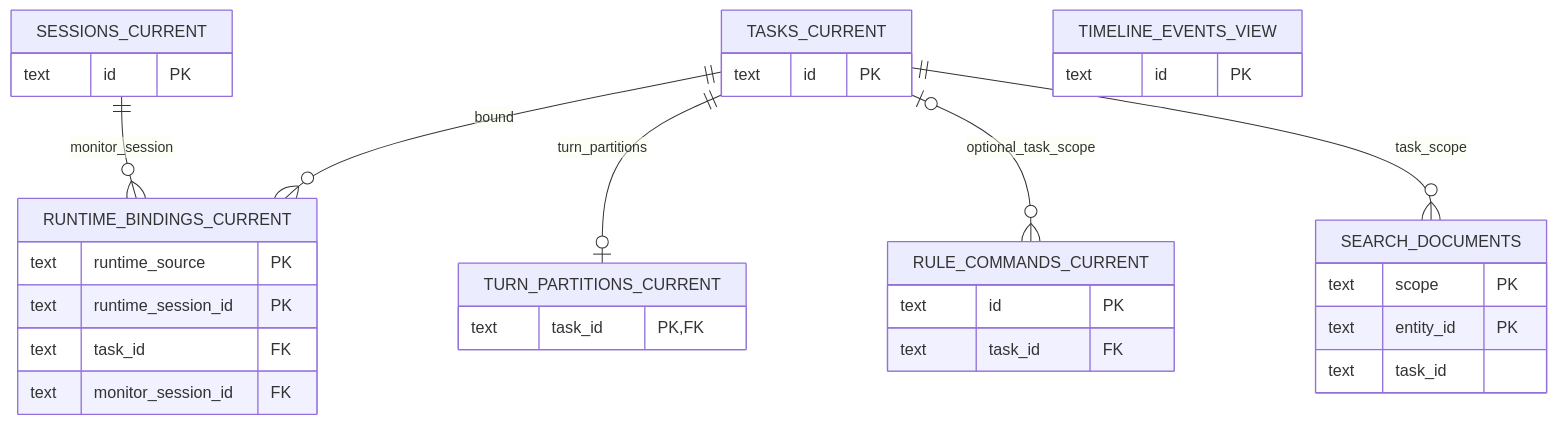
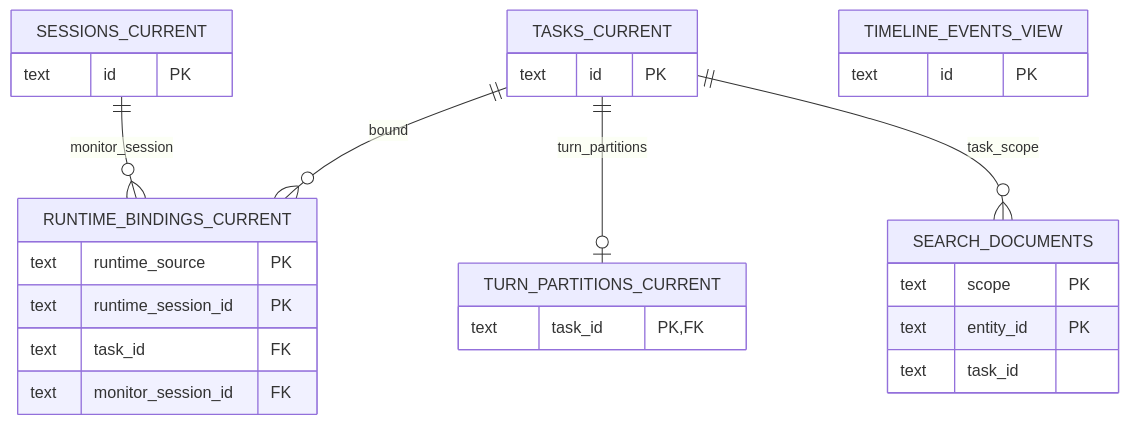
Before and after one commit to belljun3395/agent-tracer: the third of 4 diagrams in docs/guide/sqlite-schema.md, drawn with Mermaid. The commit also changed other lines of this file, not shown here.

Commit message:
feat: expand SQLite schema to include verification rules, turns, verdicts, and rule enforcements

````diff
--- a/docs/guide/sqlite-schema.md
+++ b/docs/guide/sqlite-schema.md
@@ -188,42 +177,36 @@
 ```mermaid
 erDiagram
   TASKS_CURRENT {
     text id PK
   }
 
   SESSIONS_CURRENT {
     text id PK
   }
 
   TIMELINE_EVENTS_VIEW {
     text id PK
   }
 
   RUNTIME_BINDINGS_CURRENT {
     text runtime_source PK
     text runtime_session_id PK
     text task_id FK
     text monitor_session_id FK
   }
 
   TURN_PARTITIONS_CURRENT {
     text task_id PK,FK
   }
 
-  RULE_COMMANDS_CURRENT {
-    text id PK
-    text task_id FK
-  }
-
   SEARCH_DOCUMENTS {
     text scope PK
     text entity_id PK
     text task_id
   }
 
   TASKS_CURRENT ||--o{ RUNTIME_BINDINGS_CURRENT : bound
   SESSIONS_CURRENT ||--o{ RUNTIME_BINDINGS_CURRENT : monitor_session
   TASKS_CURRENT ||--o| TURN_PARTITIONS_CURRENT : turn_partitions
-  TASKS_CURRENT |o--o{ RULE_COMMANDS_CURRENT : optional_task_scope
   TASKS_CURRENT ||--o{ SEARCH_DOCUMENTS : task_scope
 ```
````
